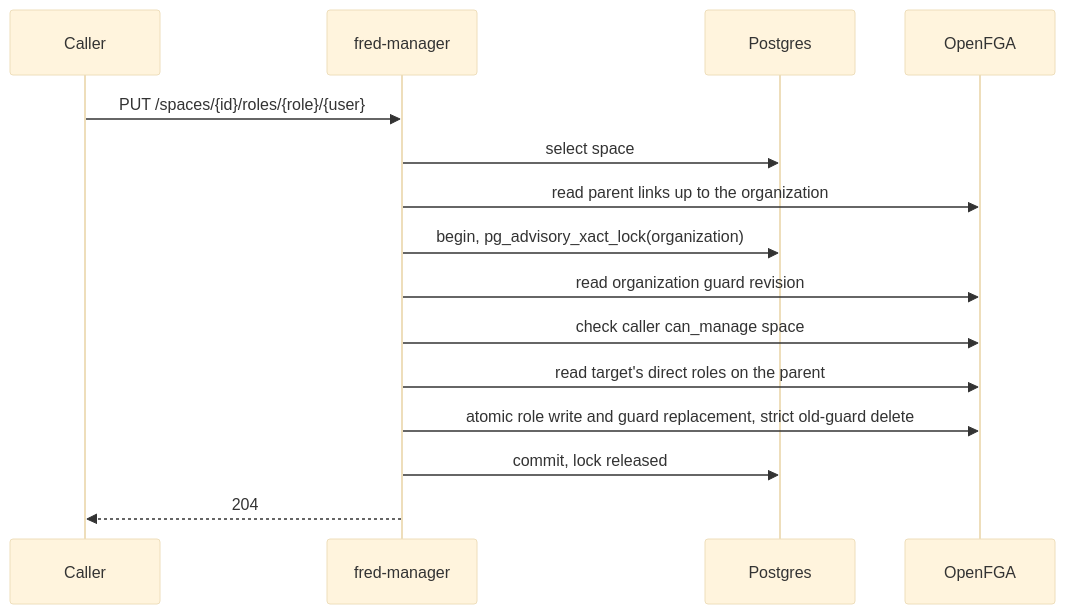
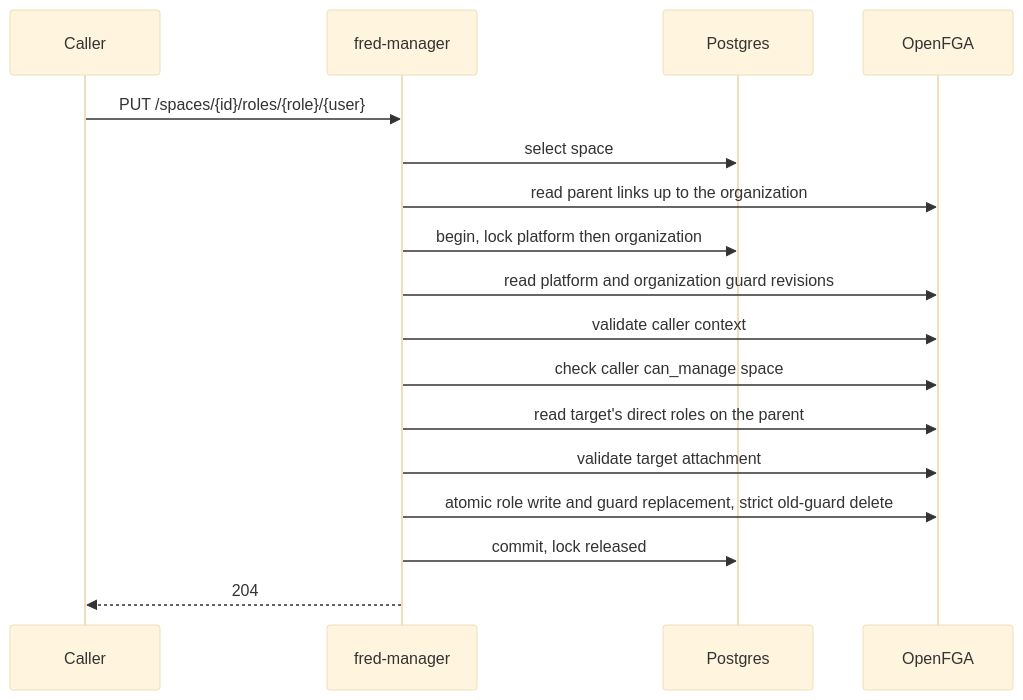
One commit to ThalesGroup/fred changed the fifth of 9 diagrams in docs/architecture/A1-manager-runtime.md. Above: the diagram before and after it, drawn with Mermaid (base theme). The commit also changed other lines of this file and 22 other files, not shown here.

````diff
--- a/docs/architecture/A1-manager-runtime.md
+++ b/docs/architecture/A1-manager-runtime.md
@@ -215,17 +221,19 @@
 ```mermaid
 sequenceDiagram
     participant C as Caller
     participant M as fred-manager
     participant PG as Postgres
     participant FGA as OpenFGA
     C->>M: PUT /spaces/{id}/roles/{role}/{user}
     M->>PG: select space
     M->>FGA: read parent links up to the organization
-    M->>PG: begin, pg_advisory_xact_lock(organization)
-    M->>FGA: read organization guard revision
+    M->>PG: begin, lock platform then organization
+    M->>FGA: read platform and organization guard revisions
+    M->>FGA: validate caller context
     M->>FGA: check caller can_manage space
     M->>FGA: read target's direct roles on the parent
+    M->>FGA: validate target attachment
     M->>FGA: atomic role write and guard replacement, strict old-guard delete
     M->>PG: commit, lock released
     M-->>C: 204
 ```
````
